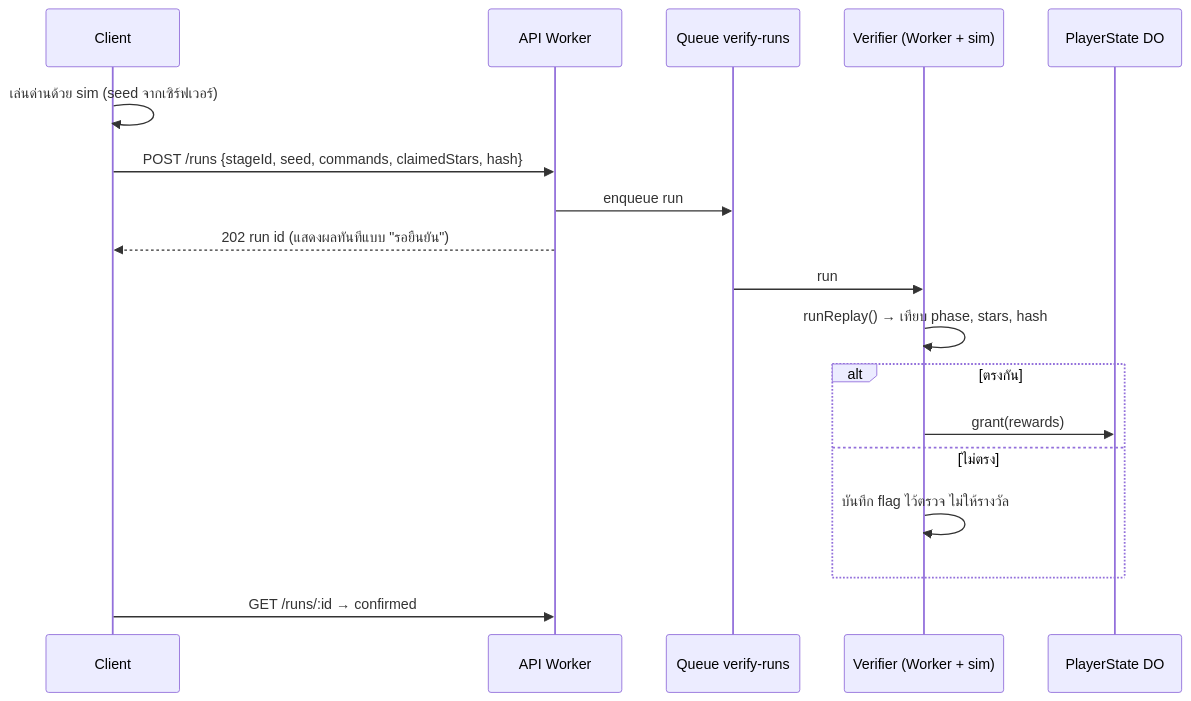
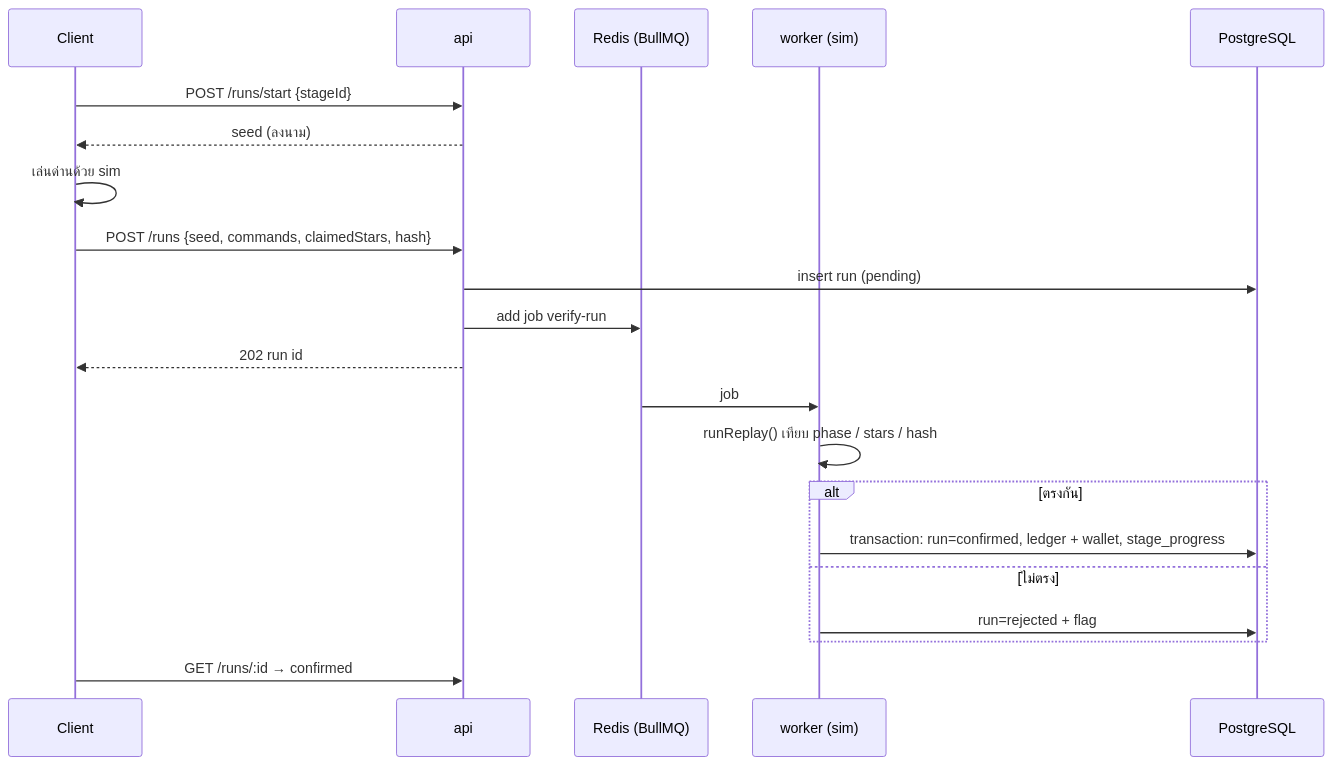
The third of 4 diagrams in docs/design/architecture.md (jonmaxmore/TD-Games-Idel), drawn with Mermaid before and after one commit. The commit also changed other lines of this file and 8 other files, not shown here.

First line of the commit message:
Switch backend design to Node.js + PostgreSQL + Redis (ADR 0003)

````diff
--- a/docs/design/architecture.md
+++ b/docs/design/architecture.md
@@ -123,20 +204,23 @@
 ```mermaid
 sequenceDiagram
   participant C as Client
-  participant A as API Worker
-  participant Q as Queue verify-runs
-  participant V as Verifier (Worker + sim)
-  participant P as PlayerState DO
-  C->>C: เล่นด่านด้วย sim (seed จากเซิร์ฟเวอร์)
-  C->>A: POST /runs {stageId, seed, commands, claimedStars, hash}
-  A->>Q: enqueue run
-  A-->>C: 202 run id (แสดงผลทันทีแบบ "รอยืนยัน")
-  Q->>V: run
-  V->>V: runReplay() → เทียบ phase, stars, hash
+  participant A as api
+  participant R as Redis (BullMQ)
+  participant W as worker (sim)
+  participant P as PostgreSQL
+  C->>A: POST /runs/start {stageId}
+  A-->>C: seed (ลงนาม)
+  C->>C: เล่นด่านด้วย sim
+  C->>A: POST /runs {seed, commands, claimedStars, hash}
+  A->>P: insert run (pending)
+  A->>R: add job verify-run
+  A-->>C: 202 run id
+  R->>W: job
+  W->>W: runReplay() เทียบ phase / stars / hash
   alt ตรงกัน
-    V->>P: grant(rewards)
+    W->>P: transaction: run=confirmed, ledger + wallet, stage_progress
   else ไม่ตรง
-    V->>V: บันทึก flag ไว้ตรวจ ไม่ให้รางวัล
+    W->>P: run=rejected + flag
   end
   C->>A: GET /runs/:id → confirmed
 ```
````
